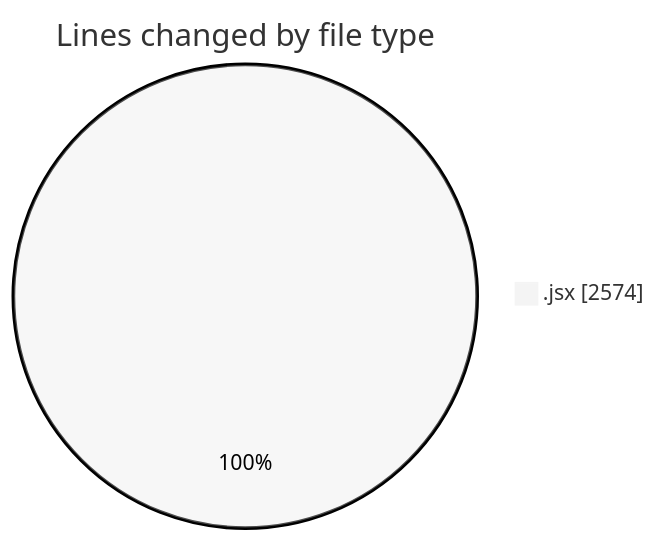
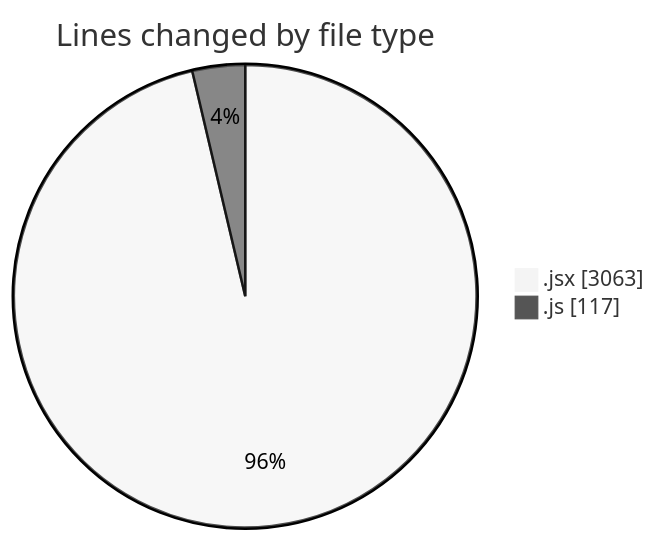
Before and after one commit to nxtqubesakshisongat/code-tracking: the first of 2 diagrams in 2026-01-12/nxtqube_webapp/README.md, drawn with Mermaid (neutral theme). The commit also changed other lines of this file and 1 other file, not shown here.

````diff
--- a/2026-01-12/nxtqube_webapp/README.md
+++ b/2026-01-12/nxtqube_webapp/README.md
@@ -24,5 +26,6 @@
 ```mermaid
 pie showData
 title Lines changed by file type
-".jsx" : 2574
+".jsx" : 3063
+".js" : 117
 ```
````
